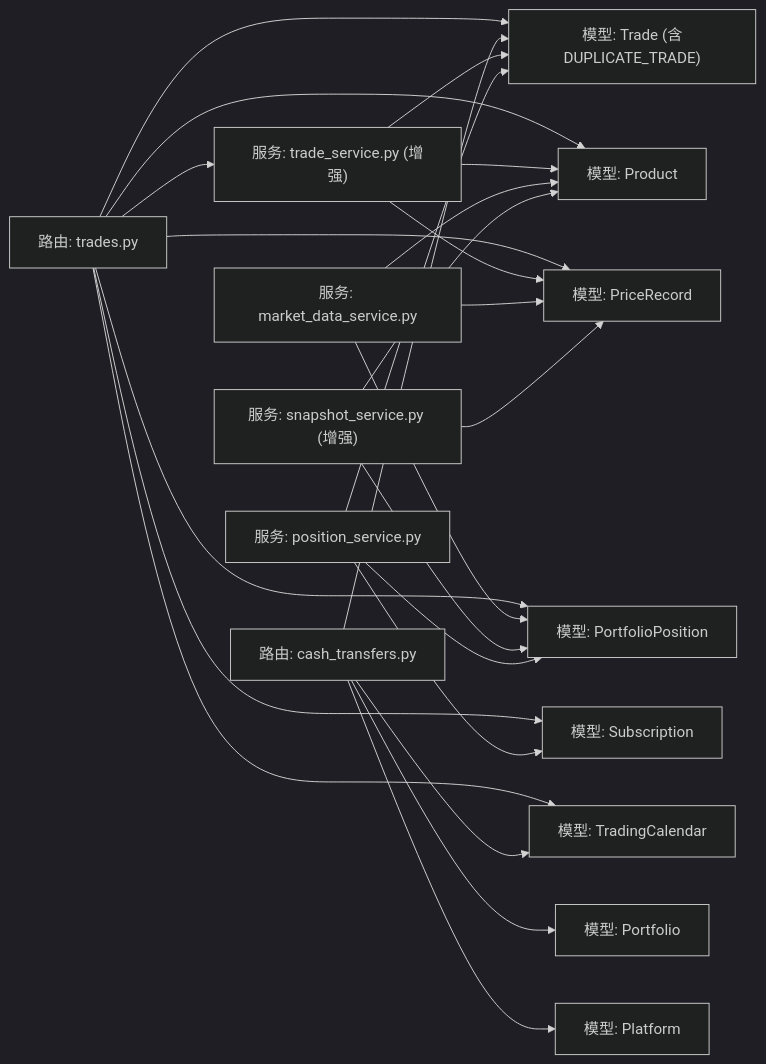
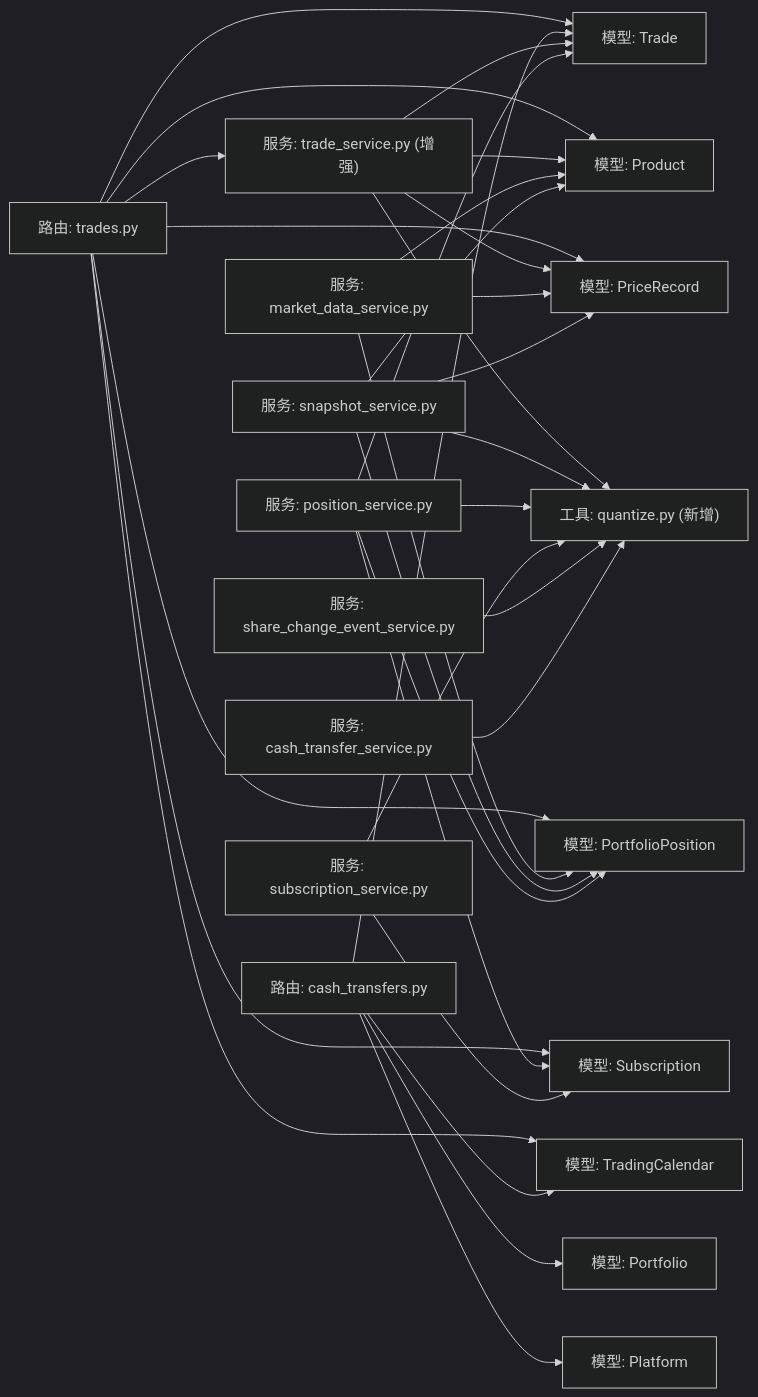
One commit to gujialind/InvestRing changed diagram 15 of 15 in .qoder/repowiki/zh/content/核心业务功能/交易处理.md. Above: the diagram before and after it, drawn with Mermaid (dark theme). The commit also changed other lines of this file and 65 other files, not shown here.

````diff
--- a/.qoder/repowiki/zh/content/核心业务功能/交易处理.md
+++ b/.qoder/repowiki/zh/content/核心业务功能/交易处理.md
@@ -767,26 +731,33 @@
 ```mermaid
 graph LR
-R["路由: trades.py"] --> T["模型: Trade (含DUPLICATE_TRADE)"]
+R["路由: trades.py"] --> T["模型: Trade"]
 R --> ST["服务: trade_service.py (增强)"]
 R --> P["模型: Product"]
 R --> PP["模型: PortfolioPosition"]
 R --> S["模型: Subscription"]
 R --> C["模型: TradingCalendar"]
 R --> PR["模型: PriceRecord"]
 RC["路由: cash_transfers.py"] --> T
 RC --> PF["模型: Portfolio"]
 RC --> PL["模型: Platform"]
 RC --> C
 ST --> T
 ST --> P
 ST --> PR
+ST --> Q["工具: quantize.py (新增)"]
 Svc["服务: market_data_service.py"] --> PR
 Svc --> P
 Svc --> PP
-SSnap["服务: snapshot_service.py (增强)"] --> PR
+SSnap["服务: snapshot_service.py"] --> PR
 SSnap --> P
 SSnap --> PP
+SSnap --> Q
 SPos["服务: position_service.py"] --> PP
 SPos --> S
 SPos --> T
+SPos --> Q
+SSub["服务: subscription_service.py"] --> S
+SSub --> Q
+SEvent["服务: share_change_event_service.py"] --> Q
+SCash["服务: cash_transfer_service.py"] --> Q
 ```
````
